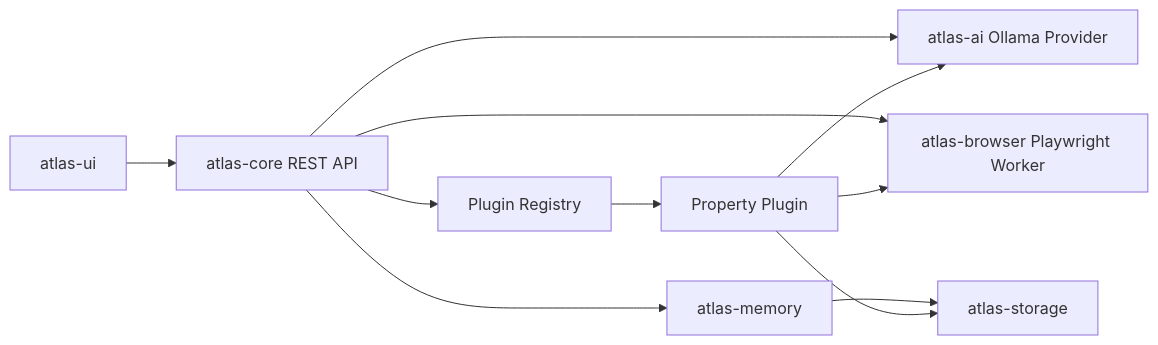
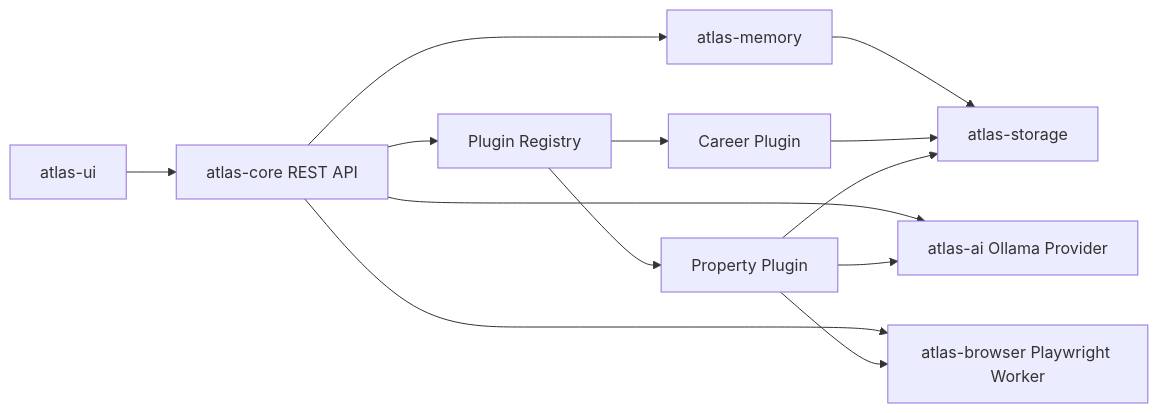
One commit to darasandeep7/app-flyout changed the diagram in README.md. Above: the diagram before and after it, drawn with Mermaid. The commit also changed other lines of this file and 37 other files, not shown here.

Commit message:
Add Career Copilot plugin foundation

````diff
--- a/README.md
+++ b/README.md
@@ -20,13 +24,15 @@
 ```mermaid
 flowchart LR
   UI[atlas-ui] --> API[atlas-core REST API]
   API --> Plugins[Plugin Registry]
+  Plugins --> Career[Career Plugin]
   Plugins --> Property[Property Plugin]
   API --> AI[atlas-ai Ollama Provider]
   API --> Browser[atlas-browser Playwright Worker]
   API --> Memory[atlas-memory]
   Memory --> Storage[atlas-storage]
+  Career --> Storage
   Property --> AI
   Property --> Browser
   Property --> Storage
 ```
````
